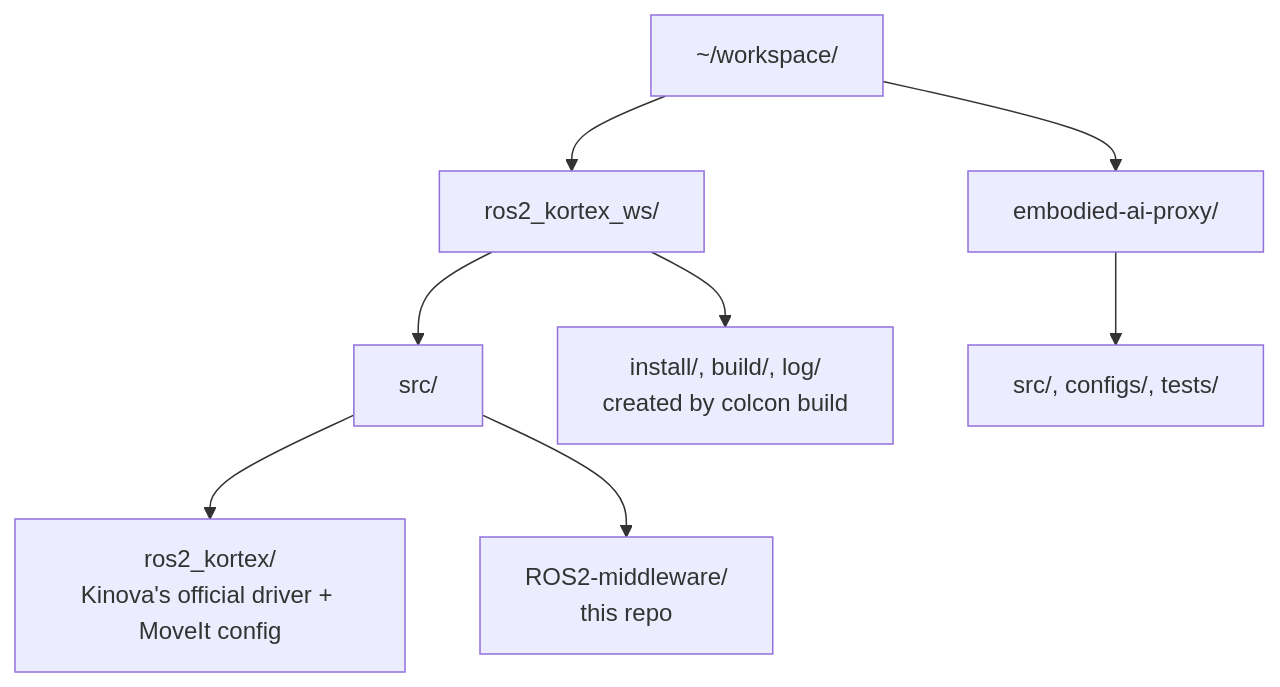
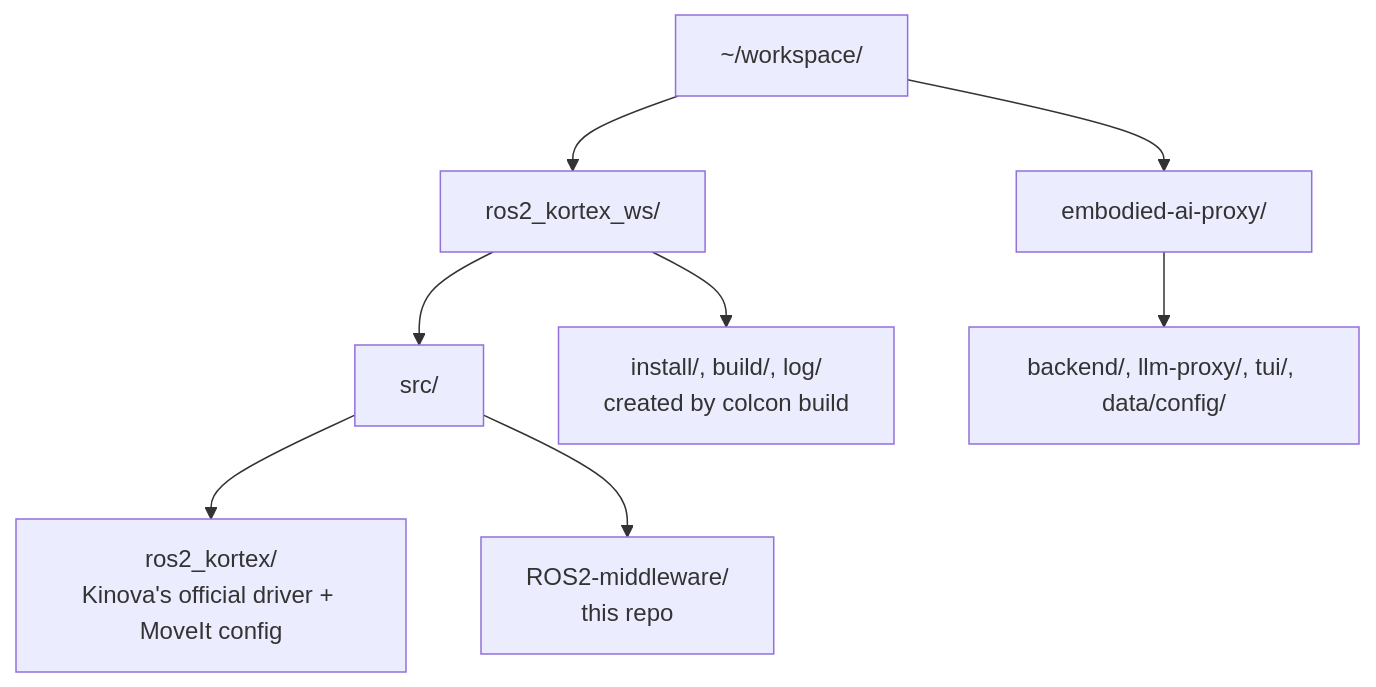
Before and after one commit to Jeremy-Allan/ROS2-middleware: the second of 2 diagrams in docs/architecture.md, drawn with Mermaid. The commit also changed other lines of this file and 31 other files, not shown here.

````diff
--- a/docs/architecture.md
+++ b/docs/architecture.md
@@ -93,13 +100,13 @@
 ```mermaid
 flowchart TD
     WS["~/workspace/"] --> RKW["ros2_kortex_ws/"]
     WS --> PROXY["embodied-ai-proxy/"]
 
     RKW --> SRC["src/"]
     RKW --> BUILD["install/, build/, log/<br/>created by colcon build"]
 
     SRC --> RK["ros2_kortex/<br/>Kinova's official driver + MoveIt config"]
     SRC --> MID["ROS2-middleware/<br/>this repo"]
 
-    PROXY --> PSRC["src/, configs/, tests/"]
+    PROXY --> PSRC["backend/, llm-proxy/, tui/, data/config/"]
 ```
````
